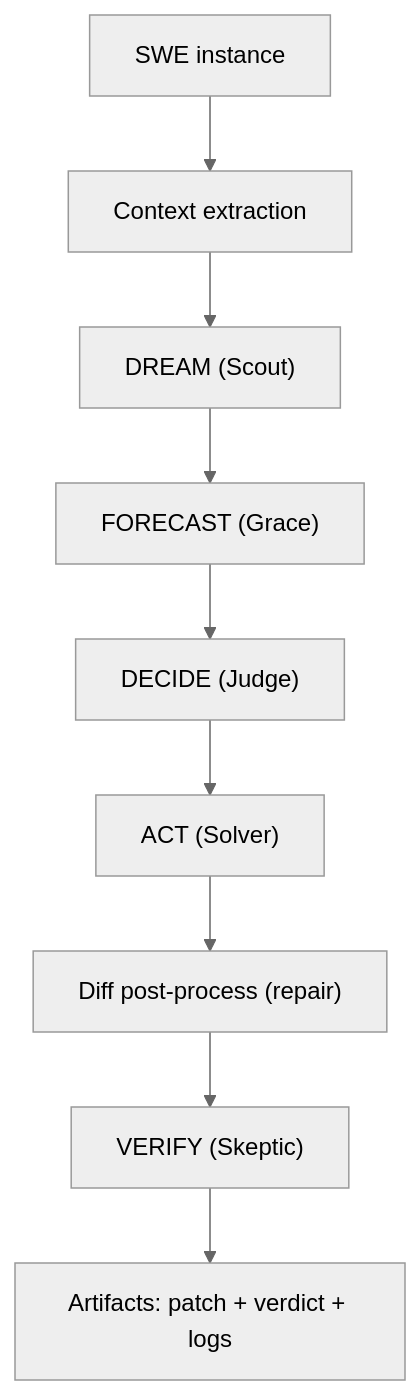
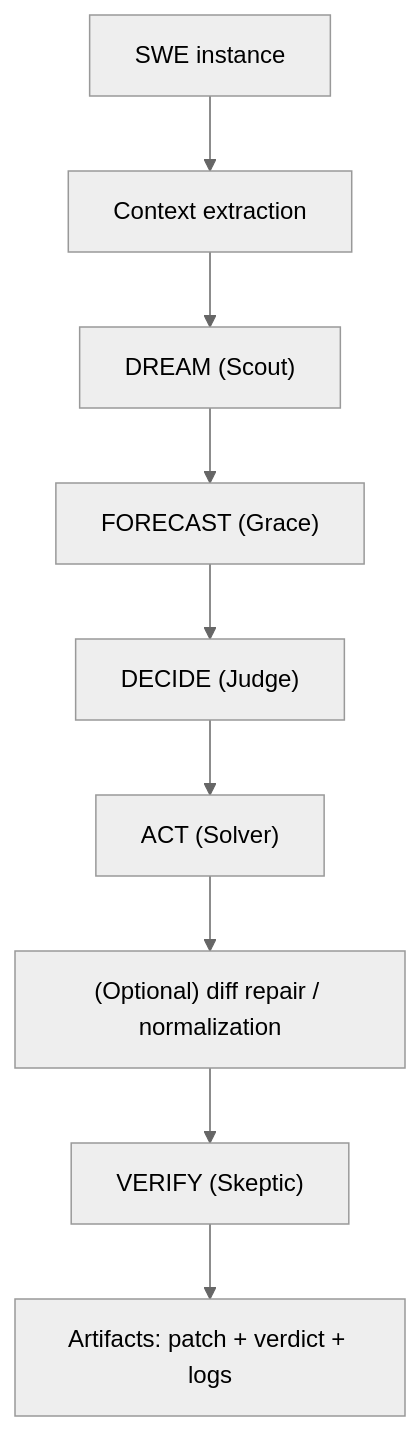
One commit to phuctruong/stillwater changed the first of 2 diagrams in swe/README.md. Above: the diagram before and after it, drawn with Mermaid (neutral theme). The commit also changed other lines of this file and 56 other files, not shown here.

````diff
--- a/swe/README.md
+++ b/swe/README.md
@@ -16,11 +17,11 @@
 ```mermaid
 flowchart TB
   INST["SWE instance"] --> CTX["Context extraction"]
   CTX --> DREAM["DREAM (Scout)"]
   DREAM --> FORECAST["FORECAST (Grace)"]
   FORECAST --> DECIDE["DECIDE (Judge)"]
   DECIDE --> ACT["ACT (Solver)"]
-  ACT --> FIX["Diff post-process (repair)"]
+  ACT --> FIX["(Optional) diff repair / normalization"]
   FIX --> VERIFY["VERIFY (Skeptic)"]
   VERIFY --> ART["Artifacts: patch + verdict + logs"]
 ```
````
